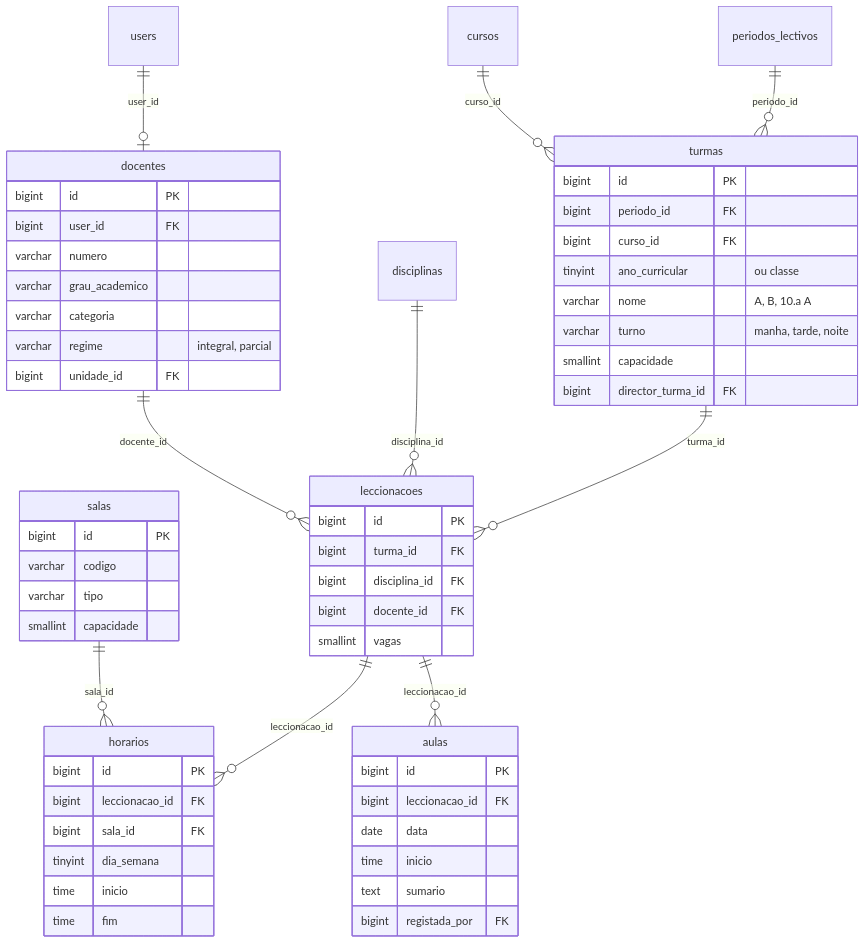
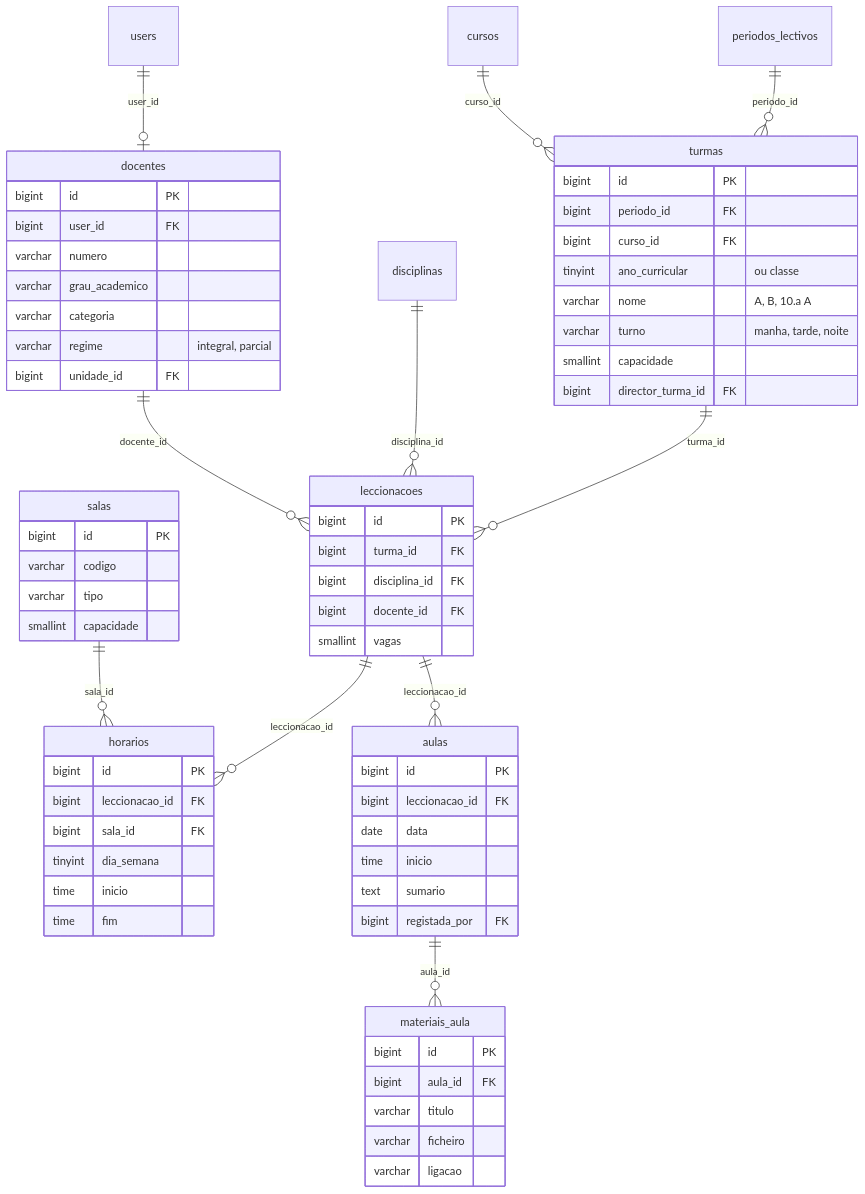
One commit to nunuDev-55/Sistema-de-faculdade-escola changed the fourth of 7 diagrams in docs/04-base-de-dados.md. Above: the diagram before and after it, drawn with Mermaid. The commit also changed other lines of this file and 6 other files, not shown here.

````diff
--- a/docs/04-base-de-dados.md
+++ b/docs/04-base-de-dados.md
@@ -231,60 +244,68 @@
 ```mermaid
 erDiagram
     periodos_lectivos ||--o{ turmas : "periodo_id"
     cursos ||--o{ turmas : "curso_id"
     turmas ||--o{ leccionacoes : "turma_id"
     disciplinas ||--o{ leccionacoes : "disciplina_id"
     docentes ||--o{ leccionacoes : "docente_id"
     users ||--o| docentes : "user_id"
     leccionacoes ||--o{ horarios : "leccionacao_id"
     salas ||--o{ horarios : "sala_id"
     leccionacoes ||--o{ aulas : "leccionacao_id"
+    aulas ||--o{ materiais_aula : "aula_id"
     turmas {
         bigint id PK
         bigint periodo_id FK
         bigint curso_id FK
         tinyint ano_curricular "ou classe"
         varchar nome "A, B, 10.a A"
         varchar turno "manha, tarde, noite"
         smallint capacidade
         bigint director_turma_id FK
     }
     docentes {
         bigint id PK
         bigint user_id FK
         varchar numero
         varchar grau_academico
         varchar categoria
         varchar regime "integral, parcial"
         bigint unidade_id FK
     }
     leccionacoes {
         bigint id PK
         bigint turma_id FK
         bigint disciplina_id FK
         bigint docente_id FK
         smallint vagas
     }
     salas {
         bigint id PK
         varchar codigo
         varchar tipo
         smallint capacidade
     }
     horarios {
         bigint id PK
         bigint leccionacao_id FK
         bigint sala_id FK
         tinyint dia_semana
         time inicio
         time fim
     }
     aulas {
         bigint id PK
         bigint leccionacao_id FK
         date data
         time inicio
         text sumario
         bigint registada_por FK
     }
+    materiais_aula {
+        bigint id PK
+        bigint aula_id FK
+        varchar titulo
+        varchar ficheiro
+        varchar ligacao
+    }
 ```
````
